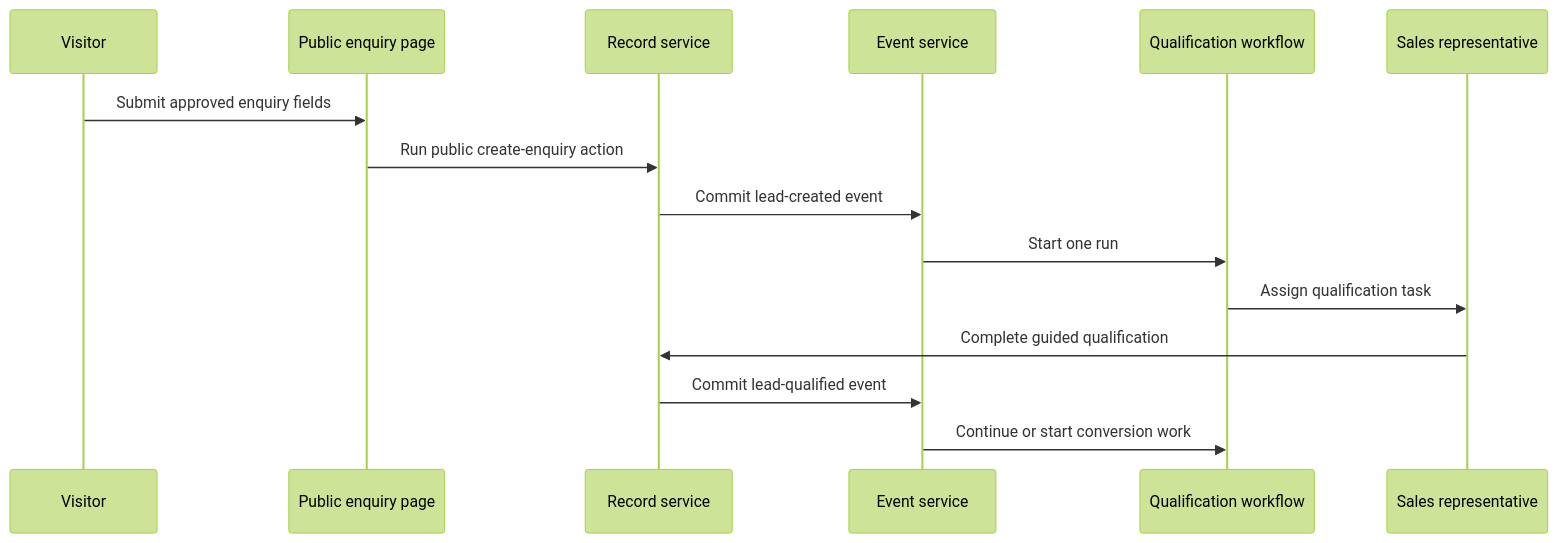
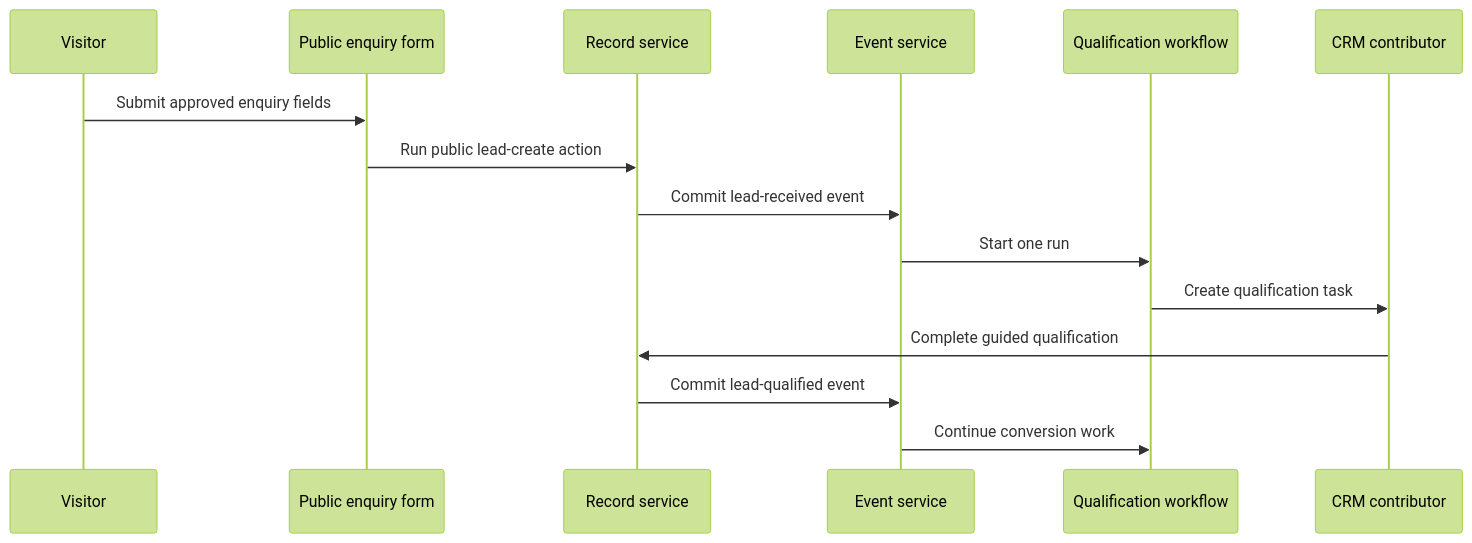
Before and after one commit to Abzum-NZ/Abzum-Vortex: the third of 4 diagrams in docs/specification/appendices/worked-examples.md, drawn with Mermaid (forest theme). The commit also changed other lines of this file and 27 other files, not shown here.

Commit message:
Define complete CRM and Service Desk fixtures

````diff
--- a/docs/specification/appendices/worked-examples.md
+++ b/docs/specification/appendices/worked-examples.md
@@ -71,17 +170,17 @@
 ```mermaid
 sequenceDiagram
     participant Visitor
-    participant Public as Public enquiry page
+    participant Form as Public enquiry form
     participant Record as Record service
     participant Event as Event service
     participant Workflow as Qualification workflow
-    participant Rep as Sales representative
-    Visitor->>Public: Submit approved enquiry fields
-    Public->>Record: Run public create-enquiry action
-    Record->>Event: Commit lead-created event
+    participant User as CRM contributor
+    Visitor->>Form: Submit approved enquiry fields
+    Form->>Record: Run public lead-create action
+    Record->>Event: Commit lead-received event
     Event->>Workflow: Start one run
-    Workflow->>Rep: Assign qualification task
-    Rep->>Record: Complete guided qualification
+    Workflow->>User: Create qualification task
+    User->>Record: Complete guided qualification
     Record->>Event: Commit lead-qualified event
-    Event->>Workflow: Continue or start conversion work
+    Event->>Workflow: Continue conversion work
 ```
````
